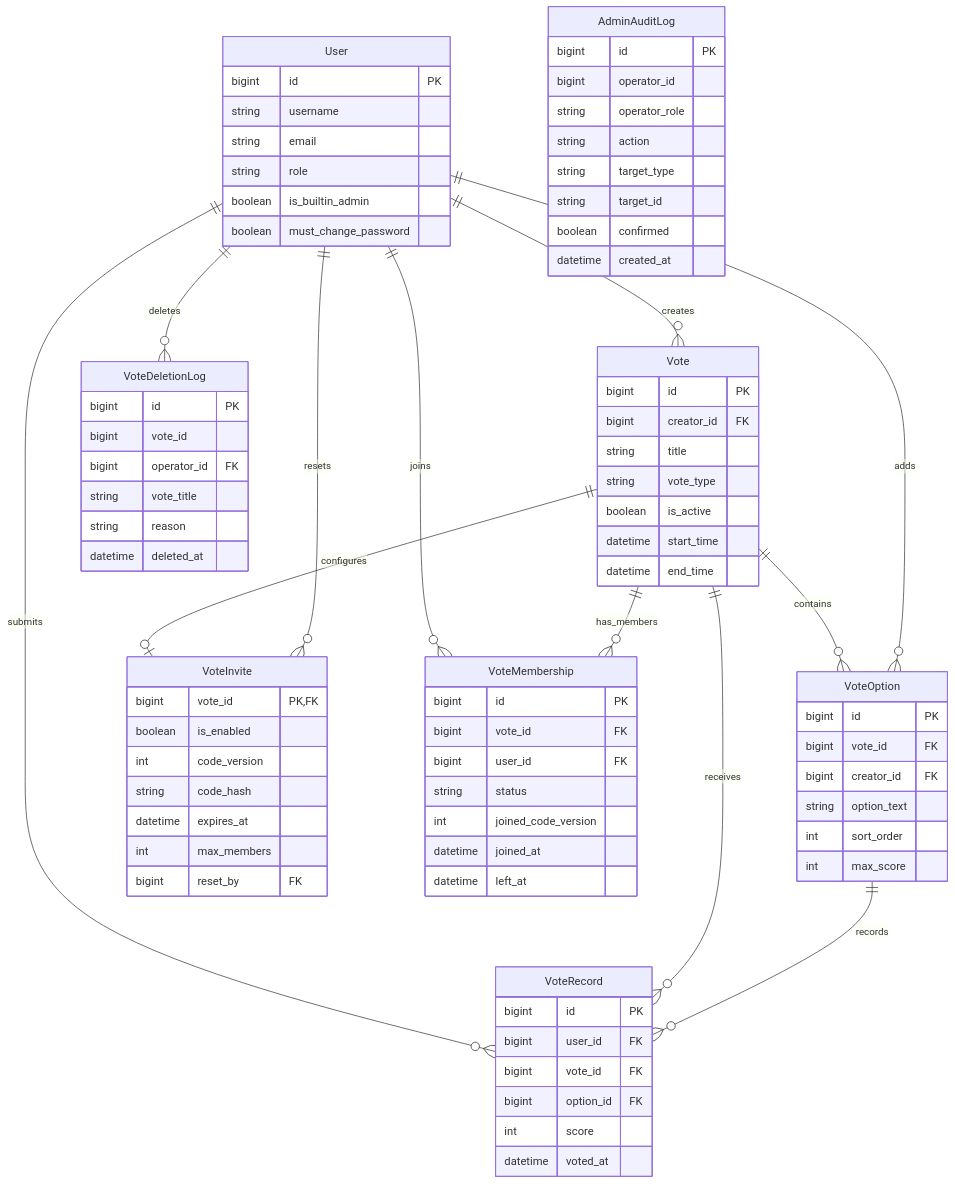
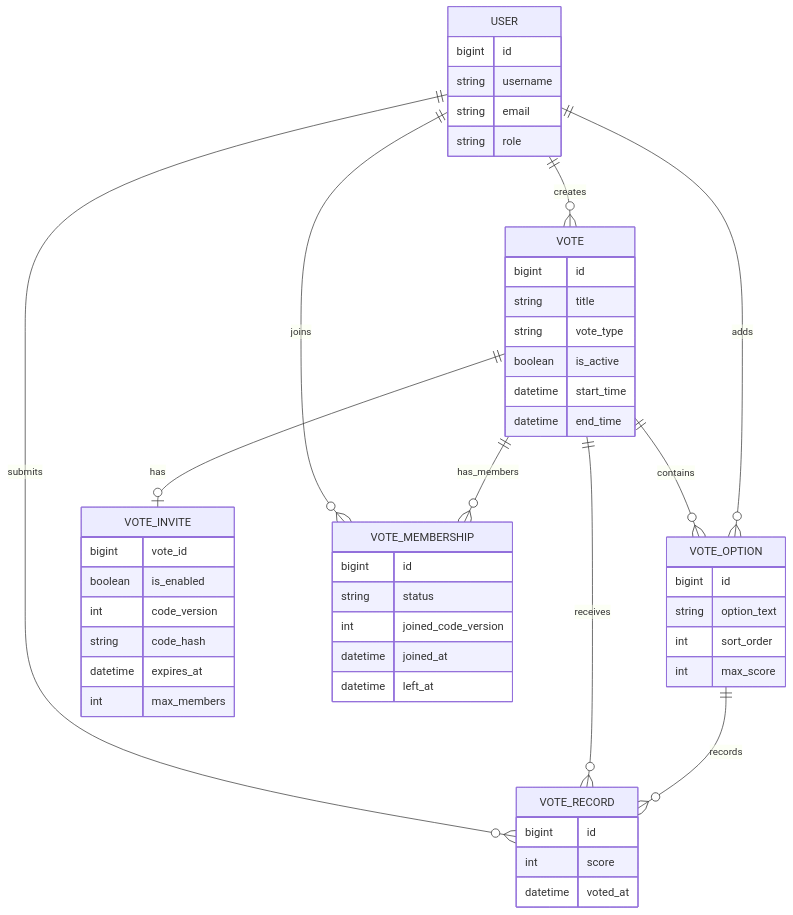
The third of 3 diagrams in README.md (XioAlien/voting), drawn with Mermaid before and after one commit. The commit also changed other lines of this file, not shown here.

Commit message:
简化图表

````diff
--- a/README.md
+++ b/README.md
@@ -71,17 +80,14 @@
 ```mermaid
 erDiagram
-    User {
-        bigint id PK
+    USER {
+        bigint id
         string username
         string email
         string role
-        boolean is_builtin_admin
-        boolean must_change_password
     }
 
-    Vote {
-        bigint id PK
-        bigint creator_id FK
+    VOTE {
+        bigint id
         string title
         string vote_type
         boolean is_active
@@ -89,73 +95,43 @@
         datetime end_time
     }
 
-    VoteOption {
-        bigint id PK
-        bigint vote_id FK
-        bigint creator_id FK
+    VOTE_OPTION {
+        bigint id
         string option_text
         int sort_order
         int max_score
     }
 
-    VoteRecord {
-        bigint id PK
-        bigint user_id FK
-        bigint vote_id FK
-        bigint option_id FK
+    VOTE_RECORD {
+        bigint id
         int score
         datetime voted_at
     }
 
-    VoteInvite {
-        bigint vote_id PK,FK
+    VOTE_INVITE {
+        bigint vote_id
         boolean is_enabled
         int code_version
         string code_hash
         datetime expires_at
         int max_members
-        bigint reset_by FK
     }
 
-    VoteMembership {
-        bigint id PK
-        bigint vote_id FK
-        bigint user_id FK
+    VOTE_MEMBERSHIP {
+        bigint id
         string status
         int joined_code_version
         datetime joined_at
         datetime left_at
     }
 
-    VoteDeletionLog {
-        bigint id PK
-        bigint vote_id
-        bigint operator_id FK
-        string vote_title
-        string reason
-        datetime deleted_at
-    }
-
-    AdminAuditLog {
-        bigint id PK
-        bigint operator_id
-        string operator_role
-        string action
-        string target_type
-        string target_id
-        boolean confirmed
-        datetime created_at
-    }
-
-    User ||--o{ Vote : creates
-    Vote ||--o{ VoteOption : contains
-    User ||--o{ VoteOption : adds
-    User ||--o{ VoteRecord : submits
-    Vote ||--o{ VoteRecord : receives
-    VoteOption ||--o{ VoteRecord : records
-    Vote ||--o| VoteInvite : configures
-    User ||--o{ VoteInvite : resets
-    User ||--o{ VoteMembership : joins
-    Vote ||--o{ VoteMembership : has_members
-    User ||--o{ VoteDeletionLog : deletes
+    USER ||--o{ VOTE : creates
+    VOTE ||--o{ VOTE_OPTION : contains
+    USER ||--o{ VOTE_OPTION : adds
+    USER ||--o{ VOTE_RECORD : submits
+    VOTE ||--o{ VOTE_RECORD : receives
+    VOTE_OPTION ||--o{ VOTE_RECORD : records
+    VOTE ||--o| VOTE_INVITE : has
+    USER ||--o{ VOTE_MEMBERSHIP : joins
+    VOTE ||--o{ VOTE_MEMBERSHIP : has_members
 ```
````
